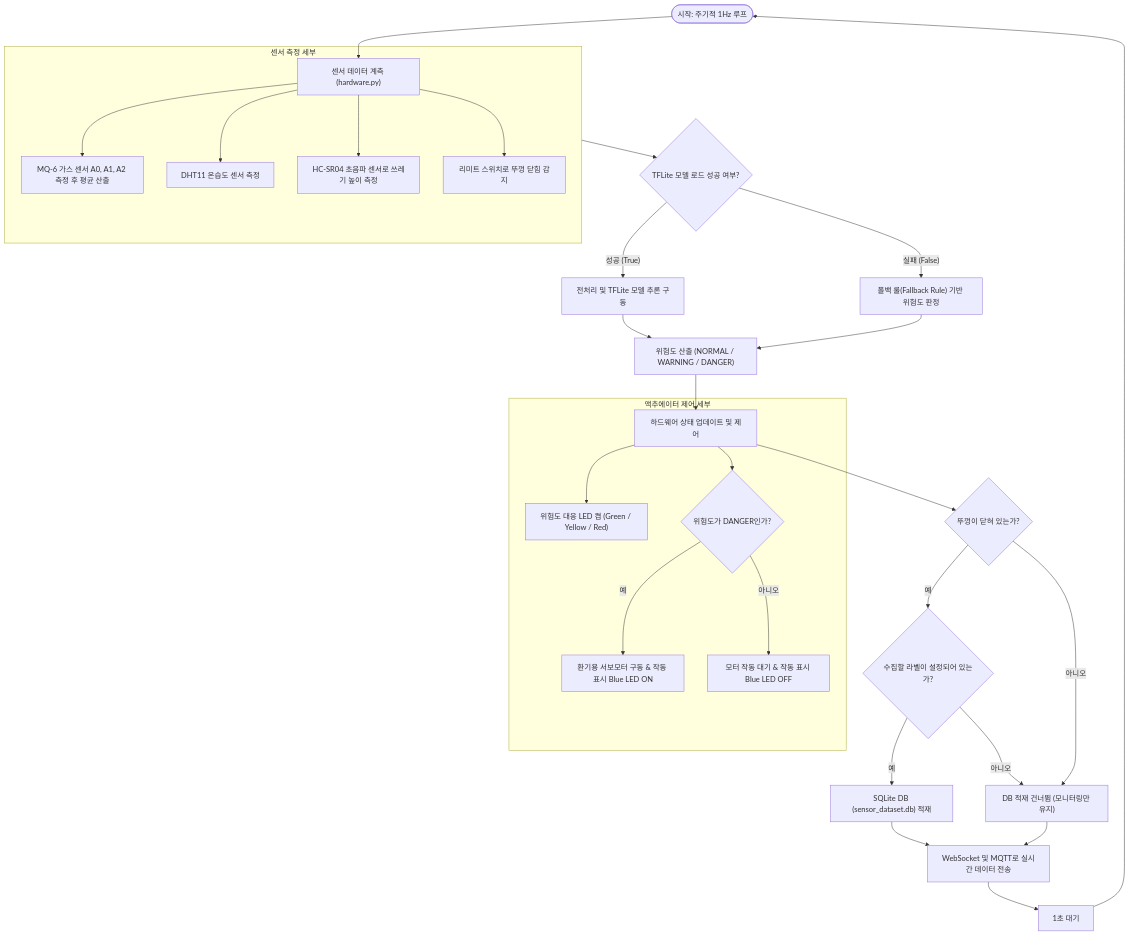
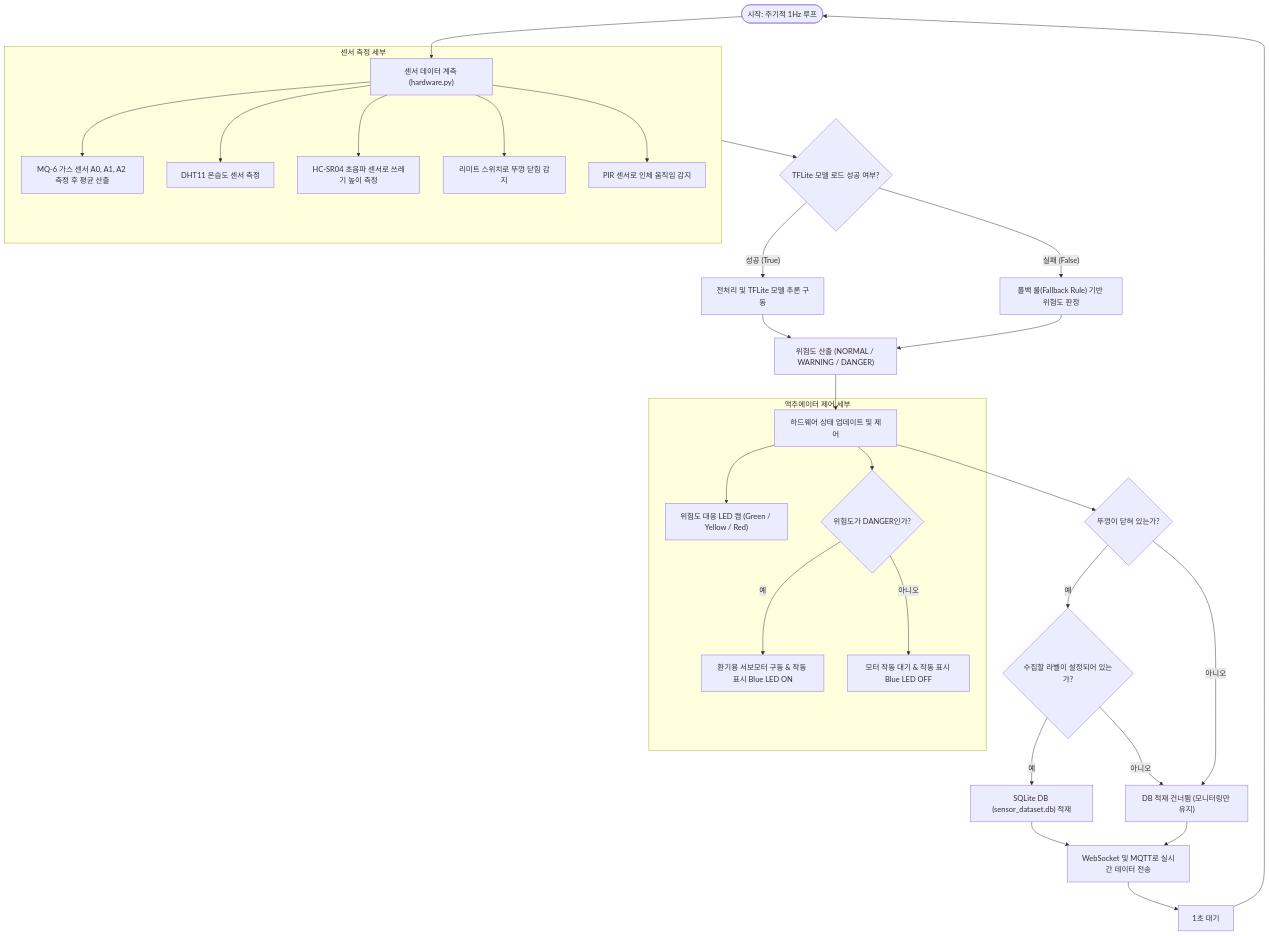
Before and after one commit to jusasa/ras_Server: the second of 2 diagrams in system_documentation.md, drawn with Mermaid. The commit also changed other lines of this file and 5 other files, not shown here.

````diff
--- a/system_documentation.md
+++ b/system_documentation.md
@@ -58,40 +60,41 @@
 ```mermaid
 flowchart TD
     Start([시작: 주기적 1Hz 루프]) --> ReadSensors["센서 데이터 계측 (hardware.py)"]
     
     subgraph ReadSensorsGroup ["센서 측정 세부"]
         ReadSensors --> ReadGas["MQ-6 가스 센서 A0, A1, A2 측정 후 평균 산출"]
         ReadSensors --> ReadDHT["DHT11 온습도 센서 측정"]
         ReadSensors --> ReadUS["HC-SR04 초음파 센서로 쓰레기 높이 측정"]
         ReadSensors --> ReadLS["리미트 스위치로 뚜껑 닫힘 감지"]
+        ReadSensors --> ReadPIR["PIR 센서로 인체 움직임 감지"]
     end
     
     ReadSensorsGroup --> GetStatus{TFLite 모델 로드 성공 여부?}
     
     GetStatus -- 성공 (True) --> RunAI["전처리 및 TFLite 모델 추론 구동"]
     GetStatus -- 실패 (False) --> RunFallback["폴백 룰(Fallback Rule) 기반 위험도 판정"]
     
     RunAI --> OutputState["위험도 산출 (NORMAL / WARNING / DANGER)"]
     RunFallback --> OutputState
     
     OutputState --> ControlHW["하드웨어 상태 업데이트 및 제어"]
     
     subgraph HWControlGroup ["액추에이터 제어 세부"]
         ControlHW --> SetLED["위험도 대응 LED 켬 (Green / Yellow / Red)"]
         ControlHW --> CheckDanger{위험도가 DANGER인가?}
         CheckDanger -- 예 --> TriggerServo["환기용 서보모터 구동 & 작동 표시 Blue LED ON"]
         CheckDanger -- 아니오 --> TurnOffServo["모터 작동 대기 & 작동 표시 Blue LED OFF"]
     end
     
     ControlHW --> CheckDB{뚜껑이 닫혀 있는가?}
     CheckDB -- 예 --> CheckCollect{수집할 라벨이 설정되어 있는가?}
     CheckCollect -- 예 --> InsertDB["SQLite DB (sensor_dataset.db) 적재"]
     CheckCollect -- 아니오 --> SkipDB["DB 적재 건너뜀 (모니터링만 유지)"]
     CheckDB -- 아니오 --> SkipDB
     
     InsertDB --> BroadcastData["WebSocket 및 MQTT로 실시간 데이터 전송"]
     SkipDB --> BroadcastData
     
     BroadcastData --> Wait["1초 대기"]
     Wait --> Start
 ```
````
